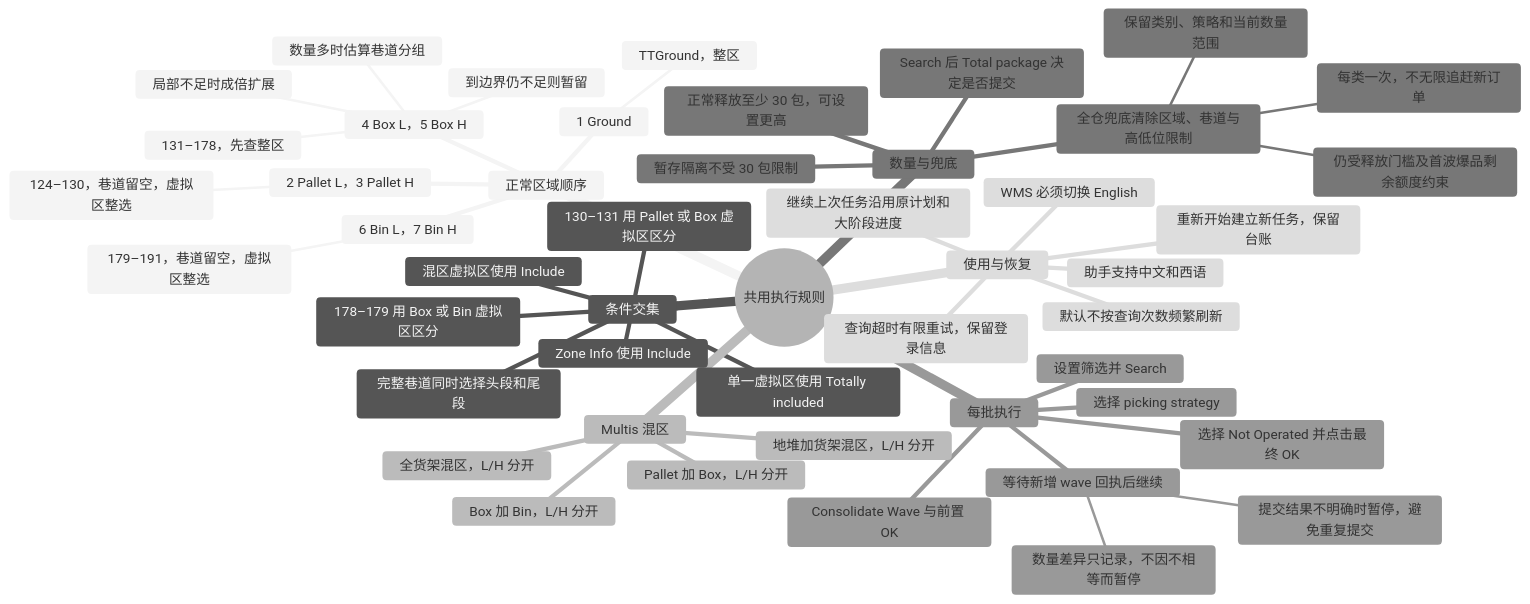
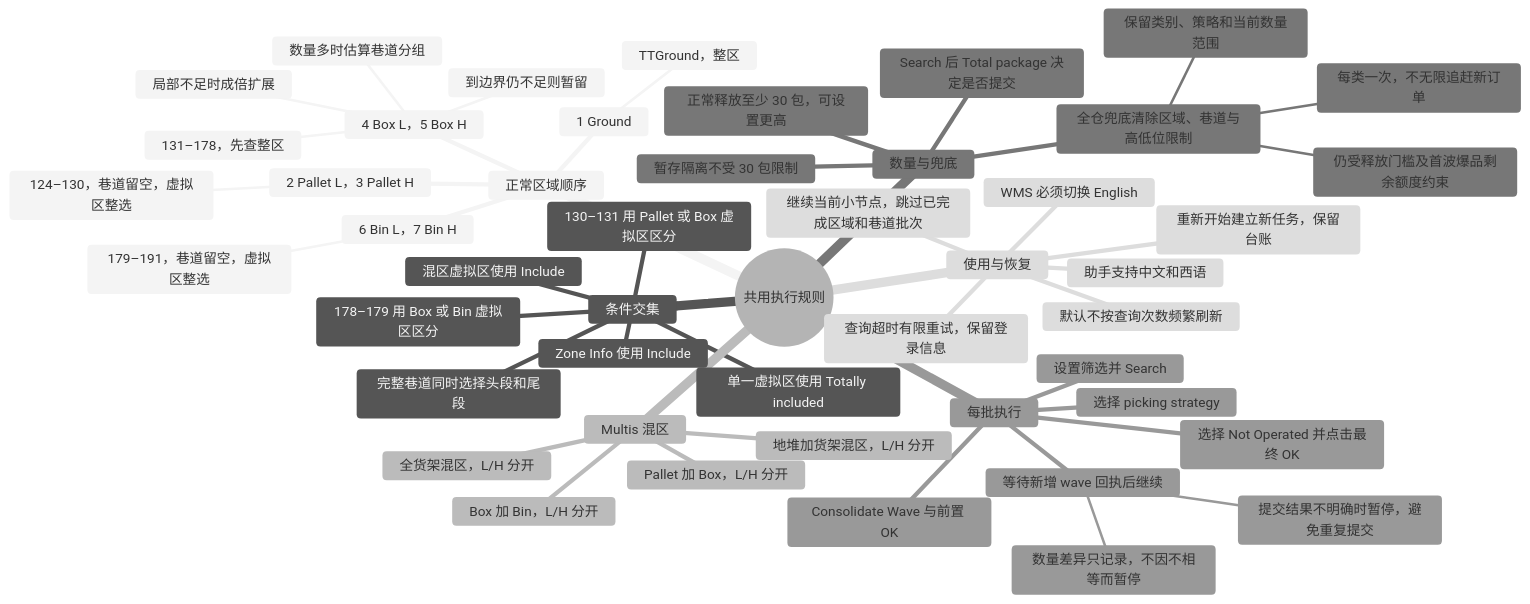
One commit to DongChenGG/GUC_WaveConsolidation changed the second of 2 diagrams in README.md. Above: the diagram before and after it, drawn with Mermaid (neutral theme). The commit also changed other lines of this file and 1 other file, not shown here.

````diff
--- a/README.md
+++ b/README.md
@@ -84,51 +92,51 @@
 ```mermaid
 mindmap
   root((共用执行规则))
     正常区域顺序
       1 Ground
         TTGround，整区
       2 Pallet L，3 Pallet H
         124–130，巷道留空，虚拟区整选
       4 Box L，5 Box H
         131–178，先查整区
         数量多时估算巷道分组
         局部不足时成倍扩展
         到边界仍不足则暂留
       6 Bin L，7 Bin H
         179–191，巷道留空，虚拟区整选
     条件交集
       Zone Info 使用 Include
       单一虚拟区使用 Totally included
       混区虚拟区使用 Include
       130–131 用 Pallet 或 Box 虚拟区区分
       178–179 用 Box 或 Bin 虚拟区区分
       完整巷道同时选择头段和尾段
     Multis 混区
       Pallet 加 Box，L/H 分开
       Box 加 Bin，L/H 分开
       全货架混区，L/H 分开
       地堆加货架混区，L/H 分开
     数量与兜底
       Search 后 Total package 决定是否提交
       正常释放至少 30 包，可设置更高
       暂存隔离不受 30 包限制
       全仓兜底清除区域、巷道与高低位限制
         保留类别、策略和当前数量范围
         仍受释放门槛及首波爆品剩余额度约束
         每类一次，不无限追赶新订单
     每批执行
       设置筛选并 Search
       Consolidate Wave 与前置 OK
       选择 picking strategy
       选择 Not Operated 并点击最终 OK
       等待新增 wave 回执后继续
         数量差异只记录，不因不相等而暂停
         提交结果不明确时暂停，避免重复提交
     使用与恢复
       WMS 必须切换 English
       助手支持中文和西语
       默认不按查询次数频繁刷新
       查询超时有限重试，保留登录信息
       重新开始建立新任务，保留台账
-      继续上次任务沿用原计划和大阶段进度
+      继续当前小节点，跳过已完成区域和巷道批次
 ```
````
